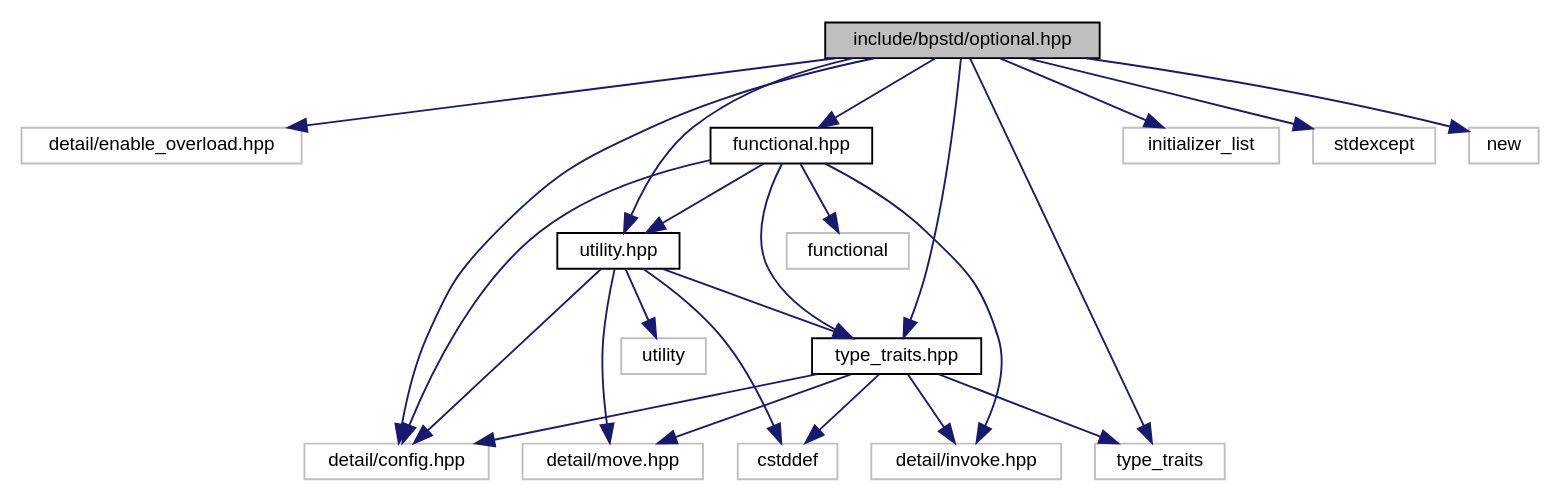
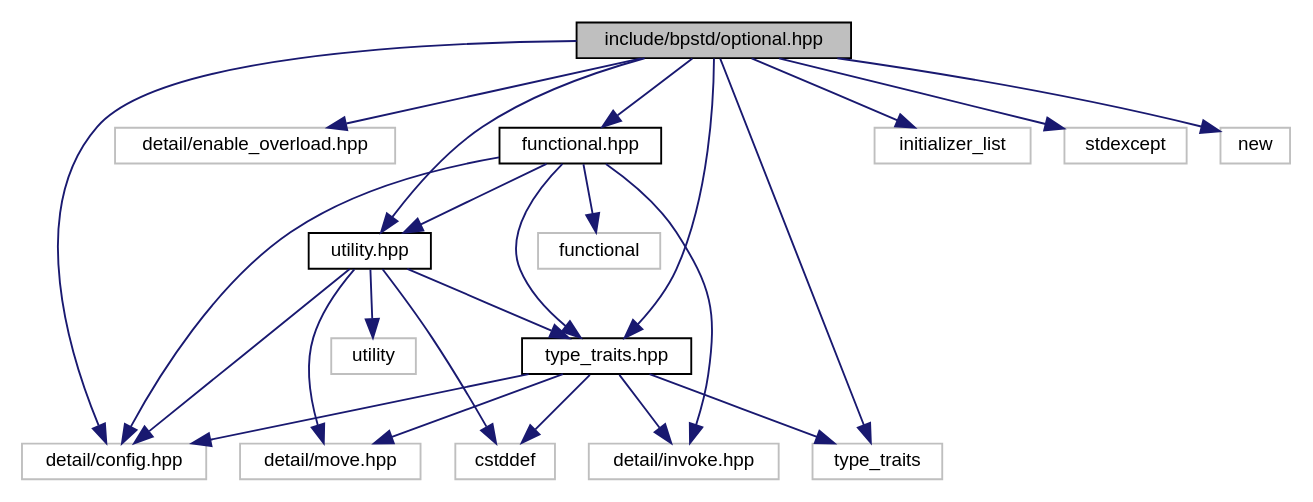
The diagram in api/latest/d0/d26/optional_8hpp__incl.dot (bitwizeshift/BackportCpp), drawn with Graphviz before and after one commit. The commit also changed 183 other files, not shown here.

```diff
--- a/api/latest/d0/d26/optional_8hpp__incl.dot
+++ b/api/latest/d0/d26/optional_8hpp__incl.dot
@@ -1,44 +1,44 @@
 digraph "include/bpstd/optional.hpp"
 {
   edge [fontname="Helvetica",fontsize="10",labelfontname="Helvetica",labelfontsize="10"];
   node [fontname="Helvetica",fontsize="10",shape=record];
   Node0 [label="include/bpstd/optional.hpp",height=0.2,width=0.4,color="black", fillcolor="grey75", style="filled", fontcolor="black"];
   Node0 -> Node1 [color="midnightblue",fontsize="10",style="solid",fontname="Helvetica"];
-  Node1 [label="detail/enable_overload.hpp",height=0.2,width=0.4,color="grey75", fillcolor="white", style="filled"];
+  Node1 [label="detail/config.hpp",height=0.2,width=0.4,color="grey75", fillcolor="white", style="filled"];
   Node0 -> Node2 [color="midnightblue",fontsize="10",style="solid",fontname="Helvetica"];
-  Node2 [label="detail/config.hpp",height=0.2,width=0.4,color="grey75", fillcolor="white", style="filled"];
+  Node2 [label="detail/enable_overload.hpp",height=0.2,width=0.4,color="grey75", fillcolor="white", style="filled"];
   Node0 -> Node3 [color="midnightblue",fontsize="10",style="solid",fontname="Helvetica"];
   Node3 [label="utility.hpp",height=0.2,width=0.4,color="black", fillcolor="white", style="filled",URL="$d1/d4e/utility_8hpp.html",tooltip="This header provides definitions from the C++ header <utility> "];
-  Node3 -> Node2 [color="midnightblue",fontsize="10",style="solid",fontname="Helvetica"];
+  Node3 -> Node1 [color="midnightblue",fontsize="10",style="solid",fontname="Helvetica"];
   Node3 -> Node4 [color="midnightblue",fontsize="10",style="solid",fontname="Helvetica"];
   Node4 [label="detail/move.hpp",height=0.2,width=0.4,color="grey75", fillcolor="white", style="filled"];
   Node3 -> Node5 [color="midnightblue",fontsize="10",style="solid",fontname="Helvetica"];
   Node5 [label="type_traits.hpp",height=0.2,width=0.4,color="black", fillcolor="white", style="filled",URL="$dc/d54/type__traits_8hpp.html",tooltip="This header provides definitions from the C++ header <type_traits> "];
-  Node5 -> Node2 [color="midnightblue",fontsize="10",style="solid",fontname="Helvetica"];
+  Node5 -> Node1 [color="midnightblue",fontsize="10",style="solid",fontname="Helvetica"];
   Node5 -> Node4 [color="midnightblue",fontsize="10",style="solid",fontname="Helvetica"];
   Node5 -> Node6 [color="midnightblue",fontsize="10",style="solid",fontname="Helvetica"];
   Node6 [label="detail/invoke.hpp",height=0.2,width=0.4,color="grey75", fillcolor="white", style="filled"];
   Node5 -> Node7 [color="midnightblue",fontsize="10",style="solid",fontname="Helvetica"];
   Node7 [label="type_traits",height=0.2,width=0.4,color="grey75", fillcolor="white", style="filled"];
   Node5 -> Node8 [color="midnightblue",fontsize="10",style="solid",fontname="Helvetica"];
   Node8 [label="cstddef",height=0.2,width=0.4,color="grey75", fillcolor="white", style="filled"];
   Node3 -> Node9 [color="midnightblue",fontsize="10",style="solid",fontname="Helvetica"];
   Node9 [label="utility",height=0.2,width=0.4,color="grey75", fillcolor="white", style="filled"];
   Node3 -> Node8 [color="midnightblue",fontsize="10",style="solid",fontname="Helvetica"];
   Node0 -> Node10 [color="midnightblue",fontsize="10",style="solid",fontname="Helvetica"];
   Node10 [label="functional.hpp",height=0.2,width=0.4,color="black", fillcolor="white", style="filled",URL="$d2/db4/functional_8hpp.html",tooltip="This header provides definitions from the C++ header <functional> "];
-  Node10 -> Node2 [color="midnightblue",fontsize="10",style="solid",fontname="Helvetica"];
+  Node10 -> Node1 [color="midnightblue",fontsize="10",style="solid",fontname="Helvetica"];
   Node10 -> Node5 [color="midnightblue",fontsize="10",style="solid",fontname="Helvetica"];
   Node10 -> Node3 [color="midnightblue",fontsize="10",style="solid",fontname="Helvetica"];
   Node10 -> Node6 [color="midnightblue",fontsize="10",style="solid",fontname="Helvetica"];
   Node10 -> Node11 [color="midnightblue",fontsize="10",style="solid",fontname="Helvetica"];
   Node11 [label="functional",height=0.2,width=0.4,color="grey75", fillcolor="white", style="filled"];
   Node0 -> Node5 [color="midnightblue",fontsize="10",style="solid",fontname="Helvetica"];
   Node0 -> Node12 [color="midnightblue",fontsize="10",style="solid",fontname="Helvetica"];
   Node12 [label="initializer_list",height=0.2,width=0.4,color="grey75", fillcolor="white", style="filled"];
   Node0 -> Node7 [color="midnightblue",fontsize="10",style="solid",fontname="Helvetica"];
   Node0 -> Node13 [color="midnightblue",fontsize="10",style="solid",fontname="Helvetica"];
   Node13 [label="stdexcept",height=0.2,width=0.4,color="grey75", fillcolor="white", style="filled"];
   Node0 -> Node14 [color="midnightblue",fontsize="10",style="solid",fontname="Helvetica"];
   Node14 [label="new",height=0.2,width=0.4,color="grey75", fillcolor="white", style="filled"];
 }
```
